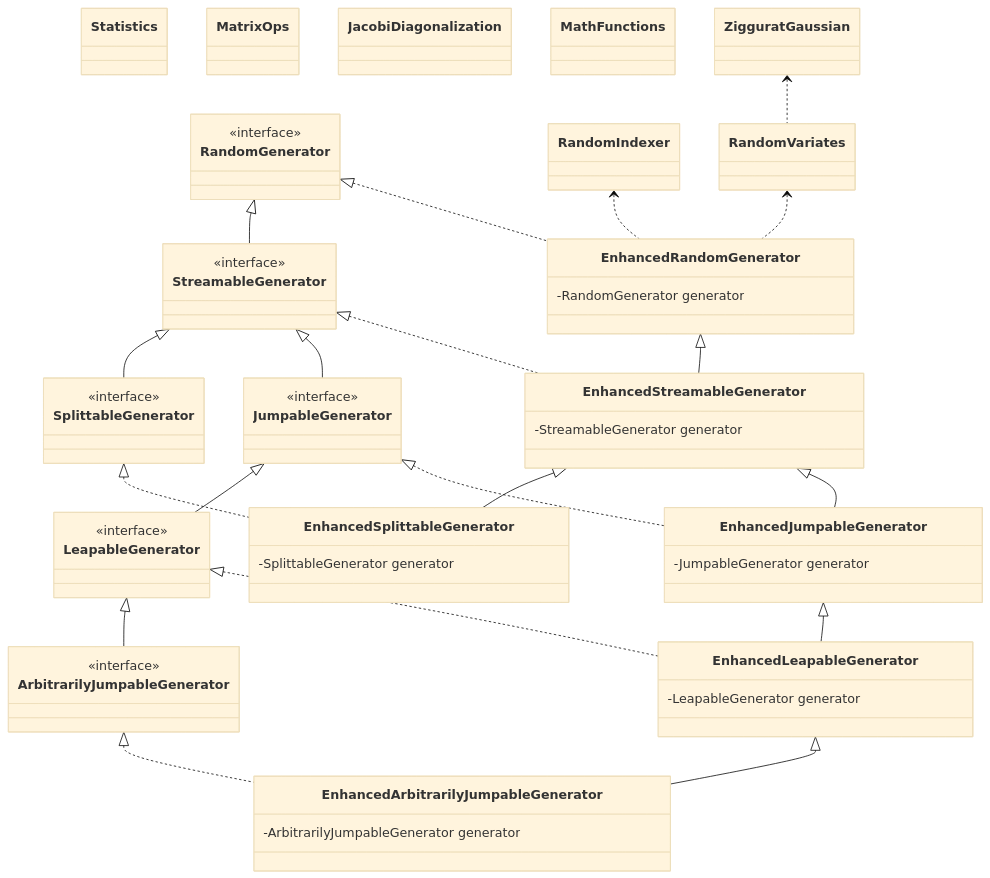
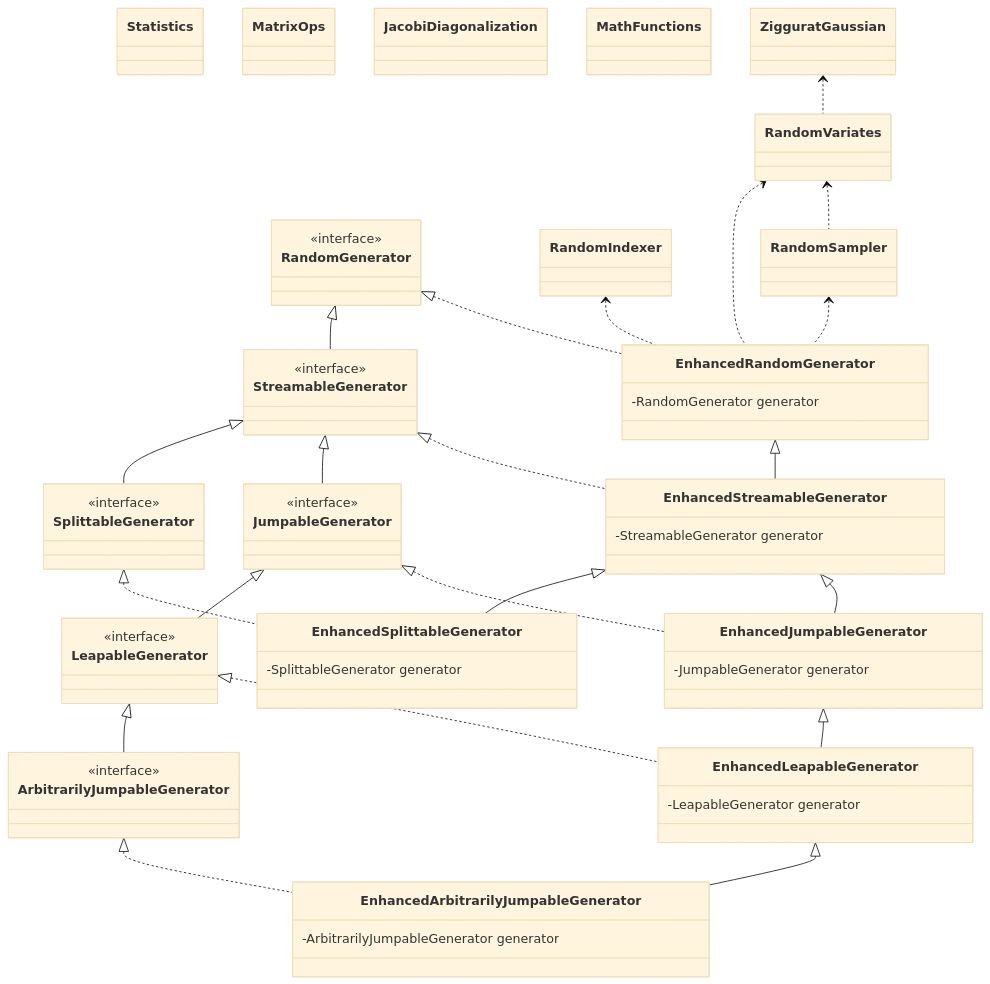
One commit to cicirello/rho-mu changed the diagram in README.md. Above: the diagram before and after it, drawn with Mermaid (base theme).

````diff
--- a/README.md
+++ b/README.md
@@ -89,72 +89,75 @@
 ```mermaid
 classDiagram
   class Statistics
   class MatrixOps
   class JacobiDiagonalization
   class MathFunctions
   class RandomGenerator
   <<interface>> RandomGenerator
   class StreamableGenerator
   <<interface>> StreamableGenerator
   RandomGenerator <|-- StreamableGenerator
   class SplittableGenerator
   <<interface>> SplittableGenerator
   StreamableGenerator <|-- SplittableGenerator
   class JumpableGenerator
   <<interface>> JumpableGenerator
   StreamableGenerator <|-- JumpableGenerator
   class LeapableGenerator
   <<interface>> LeapableGenerator
   JumpableGenerator <|-- LeapableGenerator
   class ArbitrarilyJumpableGenerator
   <<interface>> ArbitrarilyJumpableGenerator
   LeapableGenerator <|-- ArbitrarilyJumpableGenerator
   class EnhancedRandomGenerator
   RandomGenerator <|.. EnhancedRandomGenerator
   class RandomIndexer
   RandomIndexer <.. EnhancedRandomGenerator
+  class RandomSampler
+  RandomSampler <.. EnhancedRandomGenerator
   class RandomVariates
   RandomVariates <.. EnhancedRandomGenerator
+  RandomVariates <.. RandomSampler
   EnhancedRandomGenerator : -RandomGenerator generator
   class ZigguratGaussian
   ZigguratGaussian <.. RandomVariates
   class EnhancedStreamableGenerator
   EnhancedRandomGenerator <|-- EnhancedStreamableGenerator
   StreamableGenerator <|.. EnhancedStreamableGenerator
   EnhancedStreamableGenerator : -StreamableGenerator generator
   class EnhancedSplittableGenerator
   EnhancedStreamableGenerator <|-- EnhancedSplittableGenerator
   SplittableGenerator <|.. EnhancedSplittableGenerator
   EnhancedSplittableGenerator : -SplittableGenerator generator
   class EnhancedJumpableGenerator
   EnhancedStreamableGenerator <|-- EnhancedJumpableGenerator
   JumpableGenerator <|.. EnhancedJumpableGenerator
   EnhancedJumpableGenerator : -JumpableGenerator generator
   class EnhancedLeapableGenerator
   EnhancedJumpableGenerator <|-- EnhancedLeapableGenerator
   LeapableGenerator <|.. EnhancedLeapableGenerator
   EnhancedLeapableGenerator : -LeapableGenerator generator
   class EnhancedArbitrarilyJumpableGenerator
   EnhancedLeapableGenerator <|-- EnhancedArbitrarilyJumpableGenerator
   ArbitrarilyJumpableGenerator <|.. EnhancedArbitrarilyJumpableGenerator
   EnhancedArbitrarilyJumpableGenerator : -ArbitrarilyJumpableGenerator generator
   link RandomIndexer "https://rho-mu.cicirello.org/api/org.cicirello.rho_mu/org/cicirello/math/rand/RandomIndexer.html"
   link RandomVariates "https://rho-mu.cicirello.org/api/org.cicirello.rho_mu/org/cicirello/math/rand/RandomVariates.html"
   link EnhancedRandomGenerator "https://rho-mu.cicirello.org/api/org.cicirello.rho_mu/org/cicirello/math/rand/EnhancedRandomGenerator.html"
   link EnhancedStreamableGenerator "https://rho-mu.cicirello.org/api/org.cicirello.rho_mu/org/cicirello/math/rand/EnhancedStreamableGenerator.html"
   link EnhancedSplittableGenerator "https://rho-mu.cicirello.org/api/org.cicirello.rho_mu/org/cicirello/math/rand/EnhancedSplittableGenerator.html"
   link EnhancedJumpableGenerator "https://rho-mu.cicirello.org/api/org.cicirello.rho_mu/org/cicirello/math/rand/EnhancedJumpableGenerator.html"
   link EnhancedLeapableGenerator "https://rho-mu.cicirello.org/api/org.cicirello.rho_mu/org/cicirello/math/rand/EnhancedLeapableGenerator.html"
   link EnhancedArbitrarilyJumpableGenerator "https://rho-mu.cicirello.org/api/org.cicirello.rho_mu/org/cicirello/math/rand/EnhancedArbitrarilyJumpableGenerator.html"
   link RandomGenerator "https://docs.oracle.com/en/java/javase/17/docs/api/java.base/java/util/random/RandomGenerator.html"
   link StreamableGenerator "https://docs.oracle.com/en/java/javase/17/docs/api/java.base/java/util/random/RandomGenerator.StreamableGenerator.html"
   link SplittableGenerator "https://docs.oracle.com/en/java/javase/17/docs/api/java.base/java/util/random/RandomGenerator.SplittableGenerator.html"
   link JumpableGenerator "https://docs.oracle.com/en/java/javase/17/docs/api/java.base/java/util/random/RandomGenerator.JumpableGenerator.html"
   link LeapableGenerator "https://docs.oracle.com/en/java/javase/17/docs/api/java.base/java/util/random/RandomGenerator.LeapableGenerator.html"
   link ArbitrarilyJumpableGenerator "https://docs.oracle.com/en/java/javase/17/docs/api/java.base/java/util/random/RandomGenerator.ArbitrarilyJumpableGenerator.html"
   link ZigguratGaussian "https://rho-mu.cicirello.org/api/org.cicirello.rho_mu/org/cicirello/math/rand/ZigguratGaussian.html"
   link MathFunctions "https://rho-mu.cicirello.org/api/org.cicirello.rho_mu/org/cicirello/math/MathFunctions.html"
   link Statistics "https://rho-mu.cicirello.org/api/org.cicirello.rho_mu/org/cicirello/math/stats/Statistics.html"
   link MatrixOps "https://rho-mu.cicirello.org/api/org.cicirello.rho_mu/org/cicirello/math/la/MatrixOps.html"
   link JacobiDiagonalization "https://rho-mu.cicirello.org/api/org.cicirello.rho_mu/org/cicirello/math/la/JacobiDiagonalization.html"
 ```
````
